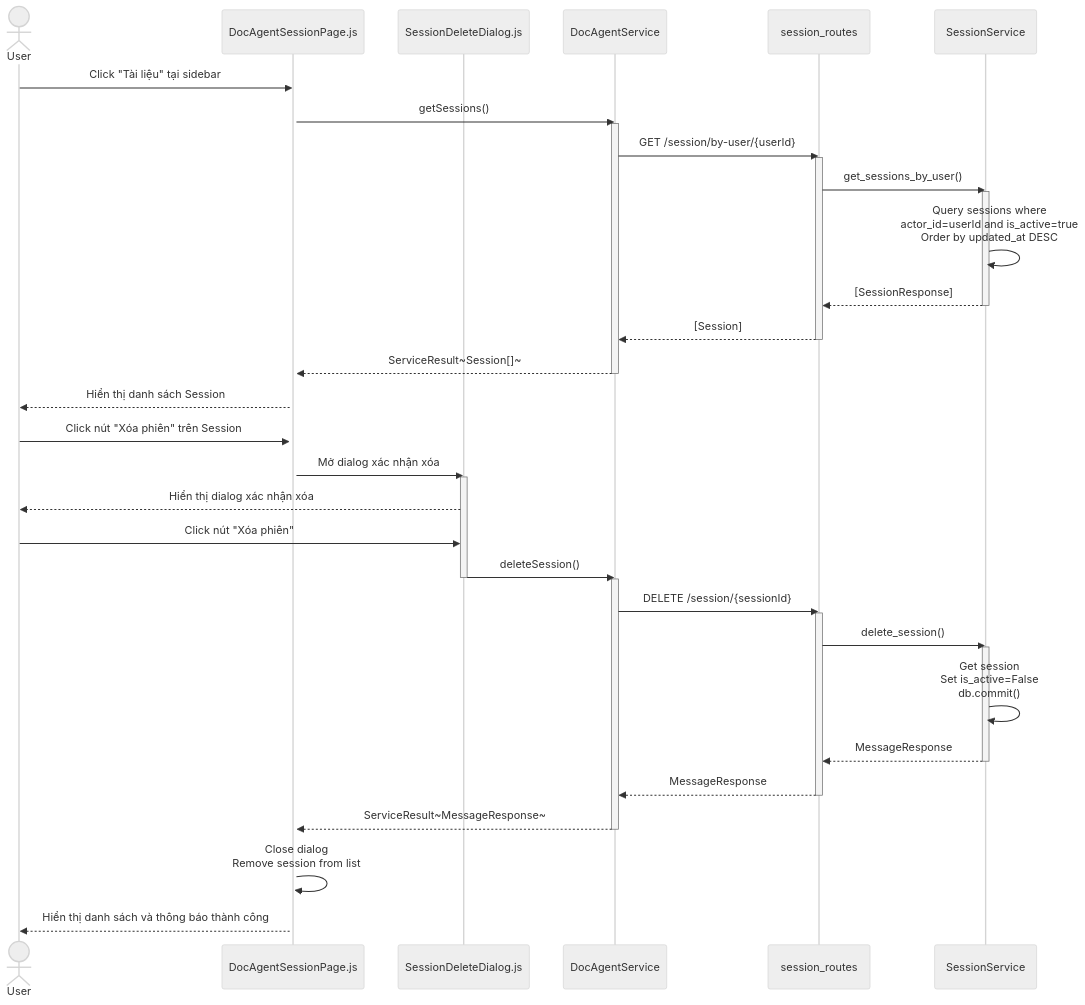
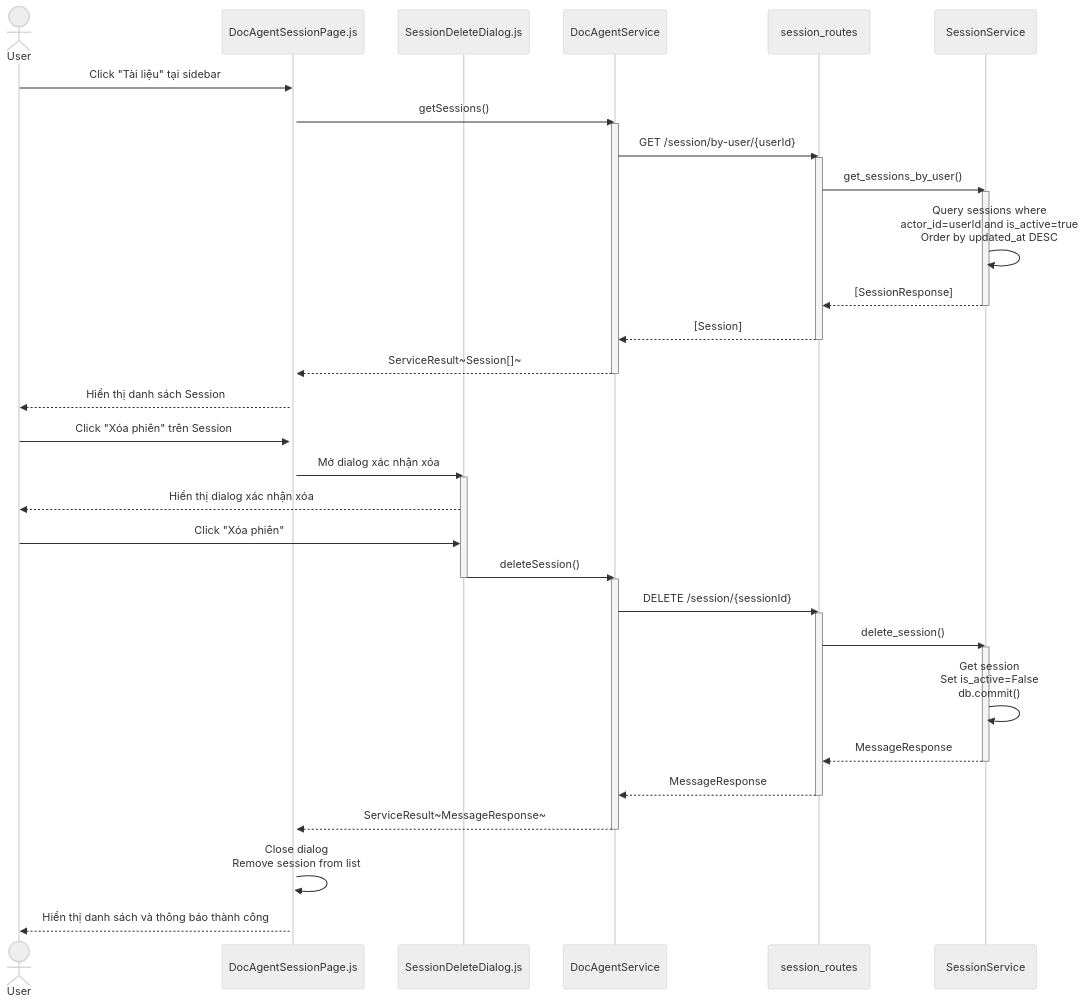
Before and after one commit to mduc-2610/gp_doc: the fourth of 4 diagrams in session/4_session_management_seq.md, drawn with Mermaid (neutral theme). The commit also changed other lines of this file and 39 other files, not shown here.

Commit message:
add session sequence

````diff
--- a/session/4_session_management_seq.md
+++ b/session/4_session_management_seq.md
@@ -185,58 +185,58 @@
 ```mermaid
 sequenceDiagram
     actor User
     participant DocAgentSessionPage as DocAgentSessionPage.js
     participant SessionDeleteDialog as SessionDeleteDialog.js
     participant DocAgentService as DocAgentService
     participant SessionRoutes as session_routes
     participant SessionService as SessionService
 
     User->>DocAgentSessionPage: Click "Tài liệu" tại sidebar
     activate DocAgentSessionPage
     
     DocAgentSessionPage->>DocAgentService: getSessions()
     activate DocAgentService
     DocAgentService->>SessionRoutes: GET /session/by-user/{userId}
     activate SessionRoutes
     SessionRoutes->>SessionService: get_sessions_by_user()
     activate SessionService
     SessionService->>SessionService: Query sessions where<br/>actor_id=userId and is_active=true<br/>Order by updated_at DESC
     SessionService-->>SessionRoutes: [SessionResponse]
     deactivate SessionService
     SessionRoutes-->>DocAgentService: [Session]
     deactivate SessionRoutes
     DocAgentService-->>DocAgentSessionPage: ServiceResult~Session[]~
     deactivate DocAgentService
     
     DocAgentSessionPage-->>User: Hiển thị danh sách Session
     
-    User->>DocAgentSessionPage: Click nút "Xóa phiên" trên Session
+    User->>DocAgentSessionPage: Click "Xóa phiên" trên Session
     
     DocAgentSessionPage->>SessionDeleteDialog: Mở dialog xác nhận xóa
     activate SessionDeleteDialog
     SessionDeleteDialog-->>User: Hiển thị dialog xác nhận xóa
     
-    User->>SessionDeleteDialog: Click nút "Xóa phiên"
+    User->>SessionDeleteDialog: Click "Xóa phiên"
     SessionDeleteDialog->>DocAgentService: deleteSession()
     deactivate SessionDeleteDialog
     activate DocAgentService
     
     DocAgentService->>SessionRoutes: DELETE /session/{sessionId}
     activate SessionRoutes
     
     SessionRoutes->>SessionService: delete_session()
     activate SessionService
     
     SessionService->>SessionService: Get session<br/>Set is_active=False<br/>db.commit()
     SessionService-->>SessionRoutes: MessageResponse
     deactivate SessionService
     
     SessionRoutes-->>DocAgentService: MessageResponse
     deactivate SessionRoutes
     
     DocAgentService-->>DocAgentSessionPage: ServiceResult~MessageResponse~
     deactivate DocAgentService
     
     DocAgentSessionPage->>DocAgentSessionPage: Close dialog<br/>Remove session from list
     DocAgentSessionPage-->>User: Hiển thị danh sách và thông báo thành công
 ```
````
